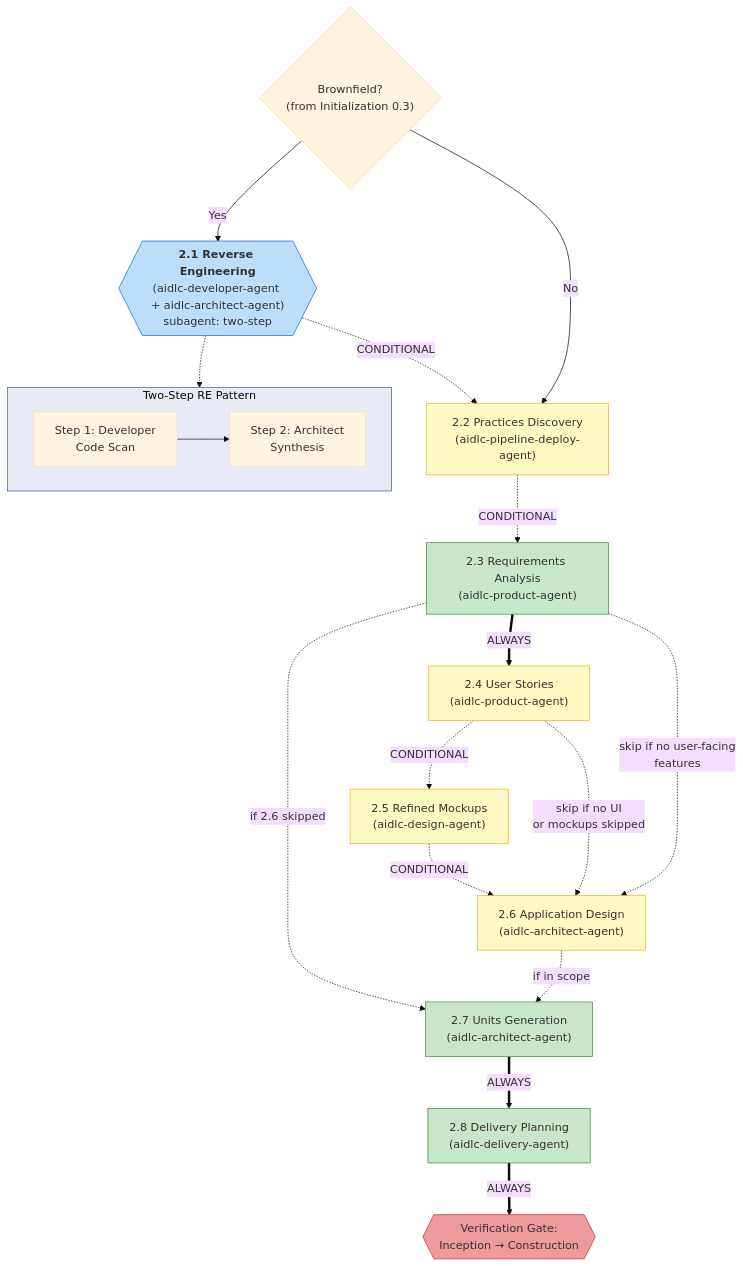
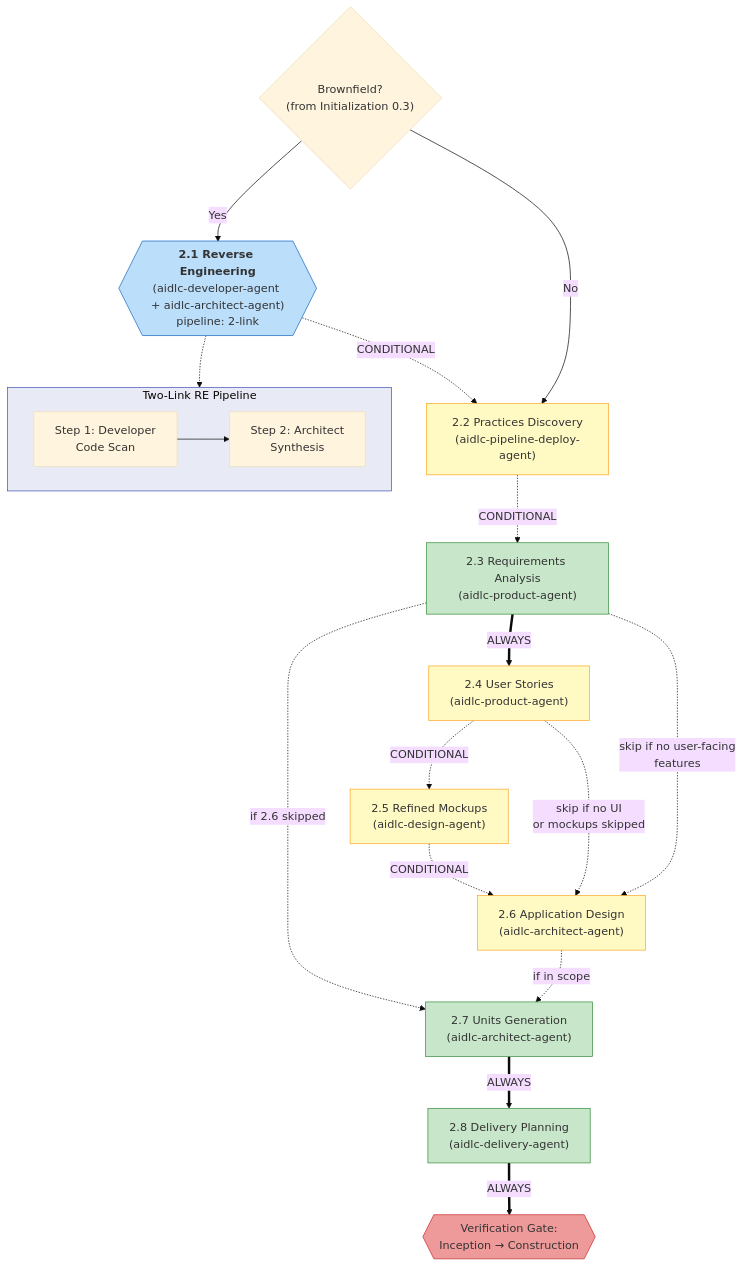
One commit to awslabs/aidlc-workflows changed the third of 6 diagrams in docs/guide/04-phases-and-stages.md. Above: the diagram before and after it, drawn with Mermaid (base theme). The commit also changed other lines of this file and 143 other files, not shown here.

````diff
--- a/docs/guide/04-phases-and-stages.md
+++ b/docs/guide/04-phases-and-stages.md
@@ -143,50 +143,50 @@
 ```mermaid
 flowchart TD
     S21{{"`**2.1 Reverse Engineering**
     (aidlc-developer-agent + aidlc-architect-agent)
-    subagent: two-step`"}}
+    pipeline: 2-link`"}}
     S2P["2.2 Practices Discovery\n(aidlc-pipeline-deploy-agent)"]
     S22["2.3 Requirements Analysis\n(aidlc-product-agent)"]
     S23["2.4 User Stories\n(aidlc-product-agent)"]
     S24["2.5 Refined Mockups\n(aidlc-design-agent)"]
     S25["2.6 Application Design\n(aidlc-architect-agent)"]
     S26["2.7 Units Generation\n(aidlc-architect-agent)"]
     S27["2.8 Delivery Planning\n(aidlc-delivery-agent)"]
     VG2{{"Verification Gate:\nInception → Construction"}}
 
     BF_CHECK{"Brownfield?\n(from Initialization 0.3)"}
     BF_CHECK -->|Yes| S21
     BF_CHECK -->|No| S2P
     S21 -.->|CONDITIONAL| S2P
     S2P -.->|CONDITIONAL| S22
 
-    subgraph RE_DETAIL["Two-Step RE Pattern"]
+    subgraph RE_DETAIL["Two-Link RE Pipeline"]
         direction LR
         DEV_SCAN["Step 1: Developer\nCode Scan"]
         ARCH_SYNTH["Step 2: Architect\nSynthesis"]
         DEV_SCAN --> ARCH_SYNTH
     end
 
     S21 -.-> RE_DETAIL
 
     S22 ==>|ALWAYS| S23
     S22 -.->|"skip if no user-facing\nfeatures"| S25
     S23 -.->|CONDITIONAL| S24
     S23 -.->|"skip if no UI\nor mockups skipped"| S25
     S24 -.->|CONDITIONAL| S25
     S25 -.->|"if in scope"| S26
     S22 -.->|"if 2.6 skipped"| S26
     S26 ==>|ALWAYS| S27
     S27 ==>|ALWAYS| VG2
 
     style S21 fill:#bbdefb,stroke:#1565c0
     style S2P fill:#fff9c4,stroke:#f9a825
     style S22 fill:#c8e6c9,stroke:#388e3c
     style S26 fill:#c8e6c9,stroke:#388e3c
     style S27 fill:#c8e6c9,stroke:#388e3c
     style S23 fill:#fff9c4,stroke:#f9a825
     style S24 fill:#fff9c4,stroke:#f9a825
     style S25 fill:#fff9c4,stroke:#f9a825
     style VG2 fill:#ef9a9a,stroke:#c62828
     style RE_DETAIL fill:#e8eaf6,stroke:#3f51b5
 ```
````
